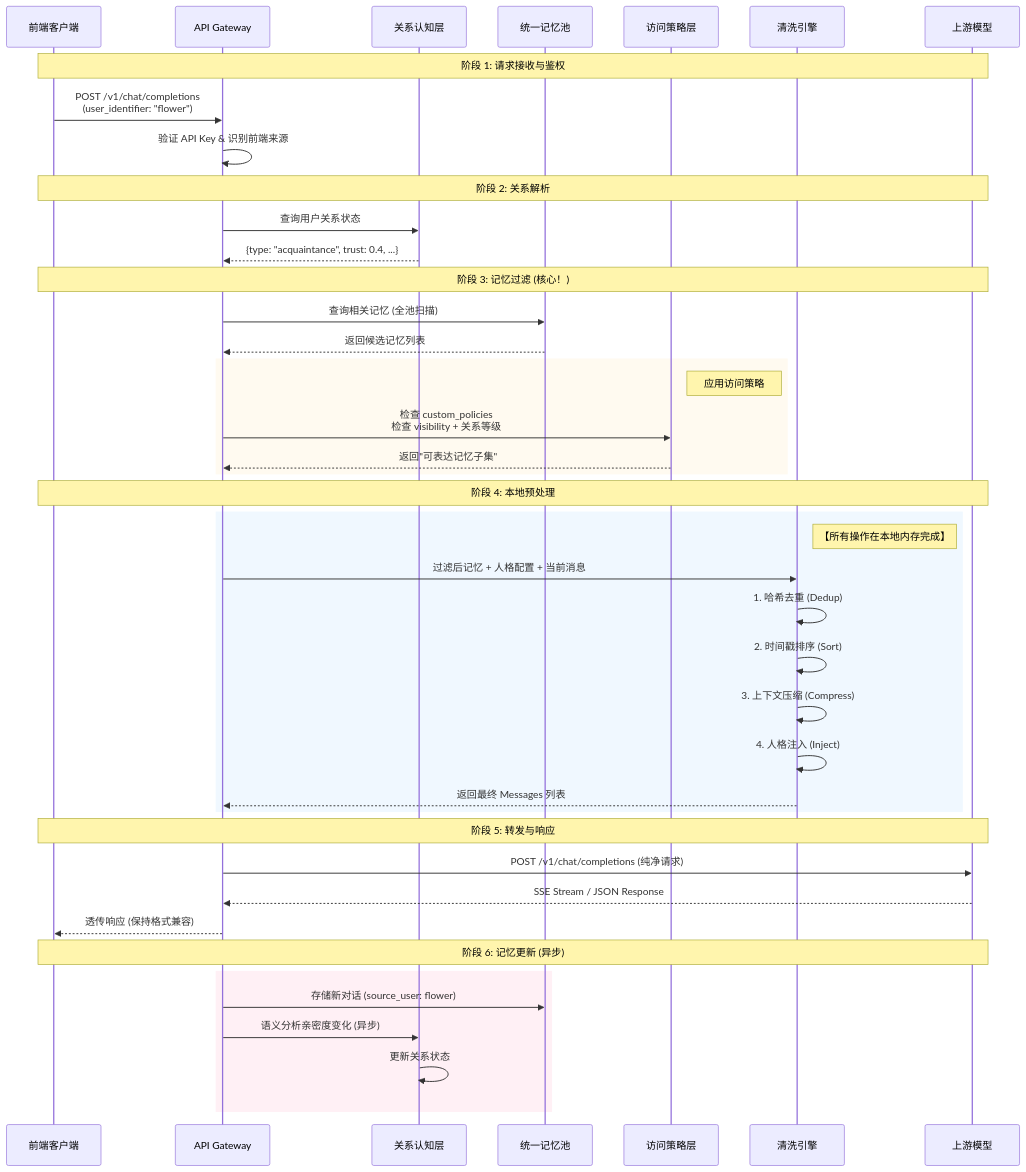
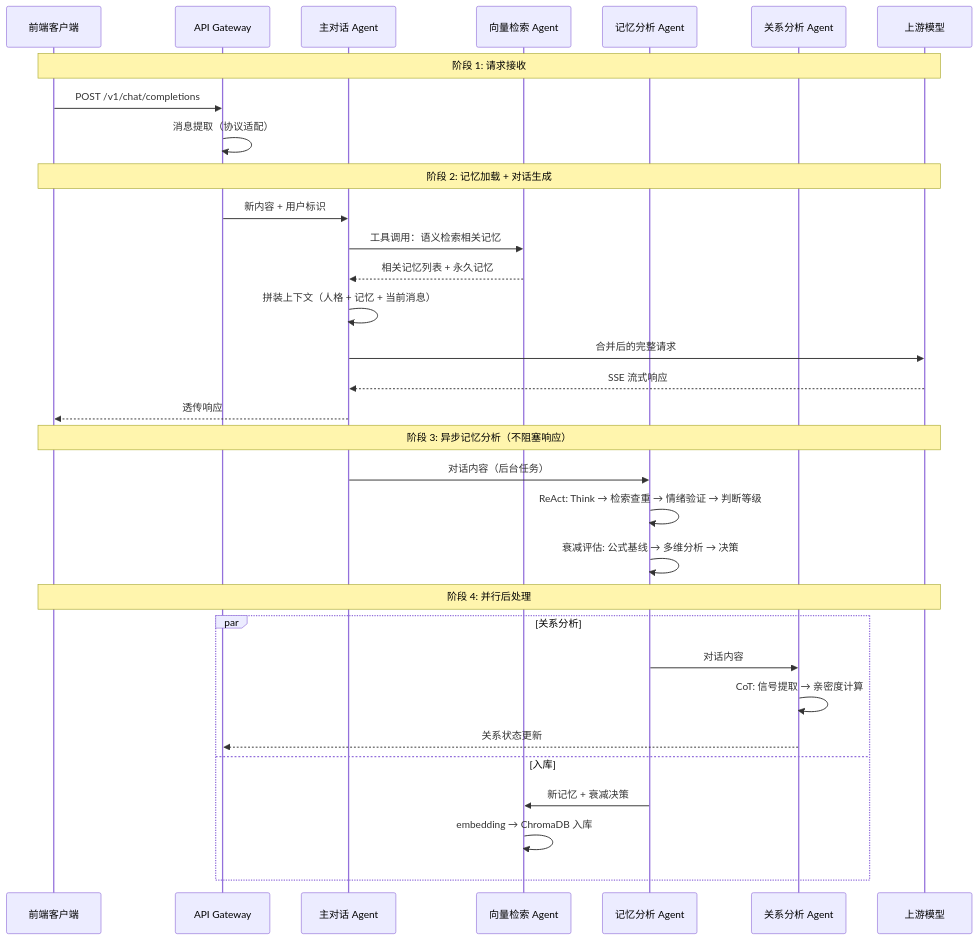
The diagram in docs/architecture.md (HarryHello/mnemosync), drawn with Mermaid before and after one commit. The commit also changed other lines of this file and 5 other files, not shown here.

````diff
--- a/docs/architecture.md
+++ b/docs/architecture.md
@@ -125,51 +258,38 @@
 ```mermaid
 sequenceDiagram
     participant Client as 前端客户端
     participant Gateway as API Gateway
-    participant Rel as 关系认知层
-    participant Memory as 统一记忆池
-    participant Policy as 访问策略层
-    participant Pipeline as 清洗引擎
+    participant Main as 主对话 Agent
+    participant Search as 向量检索 Agent
+    participant Analyzer as 记忆分析 Agent
+    participant Relation as 关系分析 Agent
     participant Upstream as 上游模型
 
-    Note over Client, Upstream: 阶段 1: 请求接收与鉴权
-    Client->>Gateway: POST /v1/chat/completions<br/>(user_identifier: "flower")
-    Gateway->>Gateway: 验证 API Key & 识别前端来源
+    Note over Client, Upstream: 阶段 1: 请求接收
+    Client->>Gateway: POST /v1/chat/completions
+    Gateway->>Gateway: 消息提取（协议适配）
 
-    Note over Client, Upstream: 阶段 2: 关系解析
-    Gateway->>Rel: 查询用户关系状态
-    Rel-->>Gateway: {type: "acquaintance", trust: 0.4, ...}
+    Note over Client, Upstream: 阶段 2: 记忆加载 + 对话生成
+    Gateway->>Main: 新内容 + 用户标识
+    Main->>Search: 工具调用：语义检索相关记忆
+    Search-->>Main: 相关记忆列表 + 永久记忆
+    Main->>Main: 拼装上下文（人格 + 记忆 + 当前消息）
+    Main->>Upstream: 合并后的完整请求
+    Upstream-->>Main: SSE 流式响应
+    Main-->>Client: 透传响应
 
-    Note over Client, Upstream: 阶段 3: 记忆过滤 (核心！)
-    Gateway->>Memory: 查询相关记忆 (全池扫描)
-    Memory-->>Gateway: 返回候选记忆列表
-
-    rect rgb(255, 250, 240)
-        Note right of Policy: 应用访问策略
-        Gateway->>Policy: 检查 custom_policies<br/>检查 visibility + 关系等级
-        Policy-->>Gateway: 返回"可表达记忆子集"
-    end
-
-    Note over Client, Upstream: 阶段 4: 本地预处理
-    rect rgb(240, 248, 255)
-        Note right of Pipeline: 【所有操作在本地内存完成】
-        Gateway->>Pipeline: 过滤后记忆 + 人格配置 + 当前消息
-        Pipeline->>Pipeline: 1. 哈希去重 (Dedup)
-        Pipeline->>Pipeline: 2. 时间戳排序 (Sort)
-        Pipeline->>Pipeline: 3. 上下文压缩 (Compress)
-        Pipeline->>Pipeline: 4. 人格注入 (Inject)
-        Pipeline-->>Gateway: 返回最终 Messages 列表
-    end
-
-    Note over Client, Upstream: 阶段 5: 转发与响应
-    Gateway->>Upstream: POST /v1/chat/completions (纯净请求)
-    Upstream-->>Gateway: SSE Stream / JSON Response
-    Gateway-->>Client: 透传响应 (保持格式兼容)
-
-    Note over Client, Upstream: 阶段 6: 记忆更新 (异步)
-    rect rgb(255, 240, 245)
-        Gateway->>Memory: 存储新对话 (source_user: flower)
-        Gateway->>Rel: 语义分析亲密度变化 (异步)
-        Rel->>Rel: 更新关系状态
+    Note over Client, Upstream: 阶段 3: 异步记忆分析（不阻塞响应）
+    Main->>Analyzer: 对话内容（后台任务）
+    Analyzer->>Analyzer: ReAct: Think → 检索查重 → 情绪验证 → 判断等级
+    Analyzer->>Analyzer: 衰减评估: 公式基线 → 多维分析 → 决策
+    
+    Note over Client, Upstream: 阶段 4: 并行后处理
+    par 关系分析
+        Analyzer->>Relation: 对话内容
+        Relation->>Relation: CoT: 信号提取 → 亲密度计算
+        Relation-->>Gateway: 关系状态更新
+    and 入库
+        Analyzer->>Search: 新记忆 + 衰减决策
+        Search->>Search: embedding → ChromaDB 入库
     end
 ```
````
